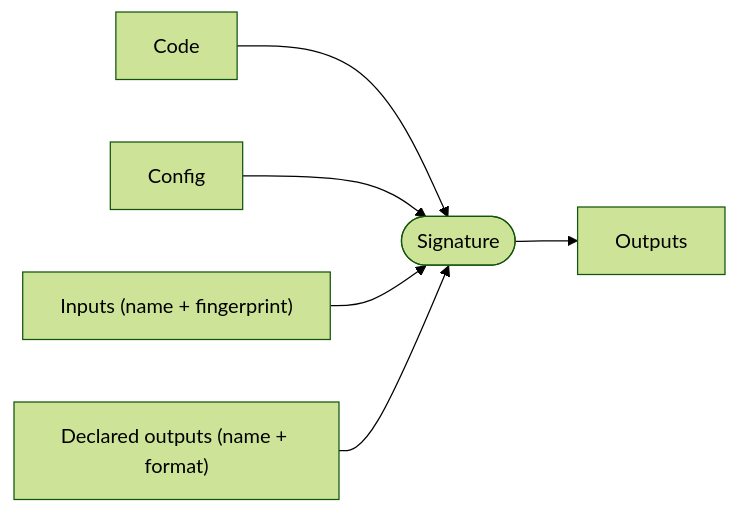
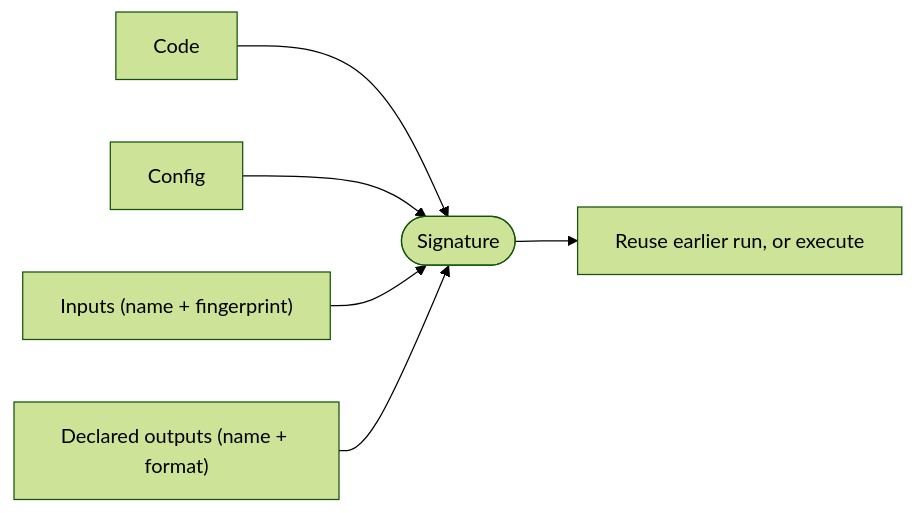
Before and after one commit to LBNL-UCB-STI/consist: the diagram in docs/architecture.md, drawn with Mermaid (forest theme). The commit also changed other lines of this file and 8 other files, not shown here.

Commit message:
docs: refine architecture and quickstart docs and add ghost mode tests

````diff
--- a/docs/architecture.md
+++ b/docs/architecture.md
@@ -31,8 +33,8 @@
 ```mermaid
 flowchart LR
     Code["Code"] --> Sig(["Signature"])
     Config["Config"] --> Sig
     Inputs["Inputs (name + fingerprint)"] --> Sig
     Outputs["Declared outputs (name + format)"] --> Sig
-    Sig --> Result["Outputs"]
+    Sig --> Result["Reuse earlier run, or execute"]
 ```
````
